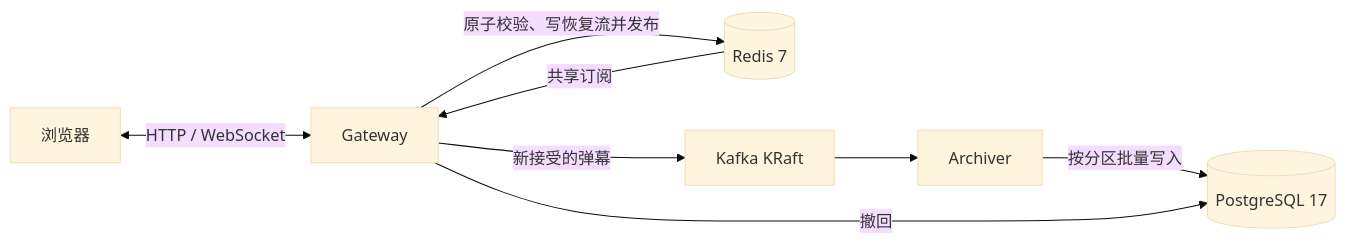
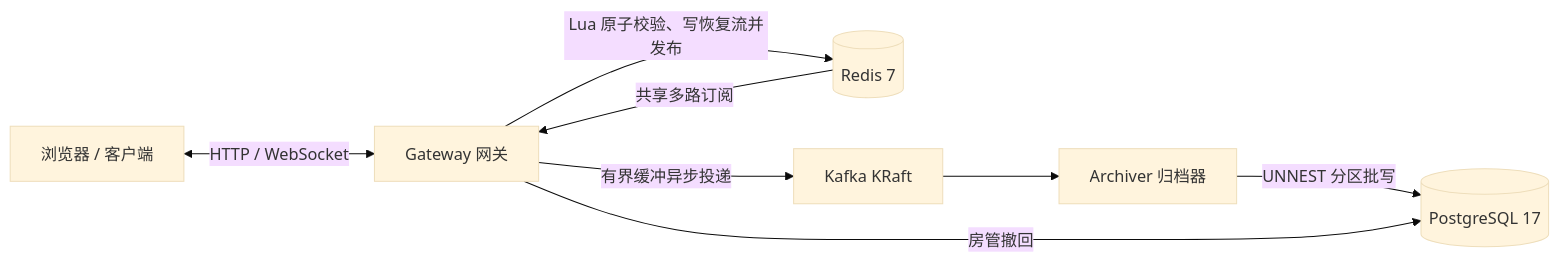
One commit to SctHy/live-stream-danmaku changed the diagram in README.md. Above: the diagram before and after it, drawn with Mermaid (base theme). The commit also changed other lines of this file and 1 other file, not shown here.

````diff
--- a/README.md
+++ b/README.md
@@ -7,10 +9,10 @@
 ```mermaid
 flowchart LR
-    B[浏览器] <-->|HTTP / WebSocket| G[Gateway]
-    G -->|原子校验、写恢复流并发布| R[(Redis 7)]
-    R -->|共享订阅| G
-    G -->|新接受的弹幕| K[Kafka KRaft]
-    K --> A[Archiver]
-    A -->|按分区批量写入| P[(PostgreSQL 17)]
-    G -->|撤回| P
+    B[浏览器 / 客户端] <-->|HTTP / WebSocket| G[Gateway 网关]
+    G -->|Lua 原子校验、写恢复流并发布| R[(Redis 7)]
+    R -->|共享多路订阅| G
+    G -->|有界缓冲异步投递| K[Kafka KRaft]
+    K --> A[Archiver 归档器]
+    A -->|UNNEST 分区批写| P[(PostgreSQL 17)]
+    G -->|房管撤回| P
 ```
````
